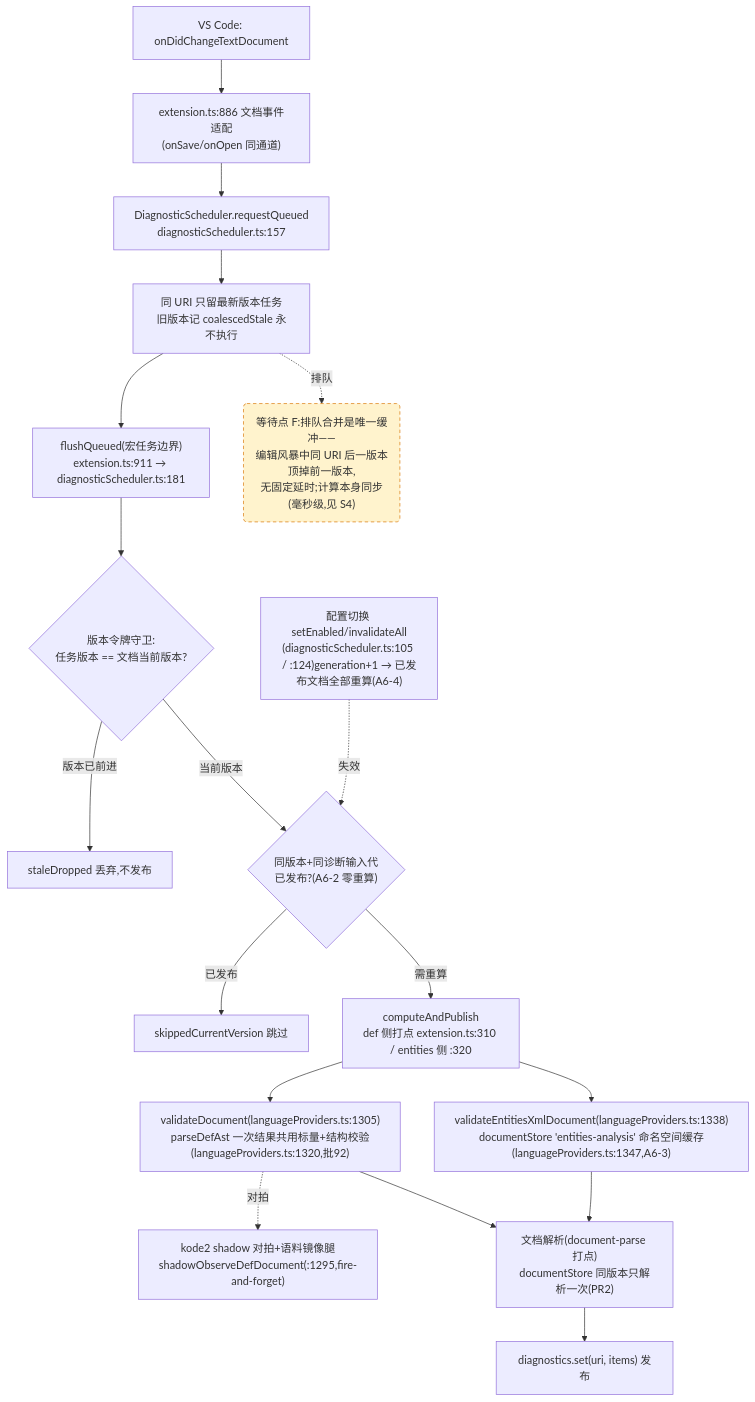
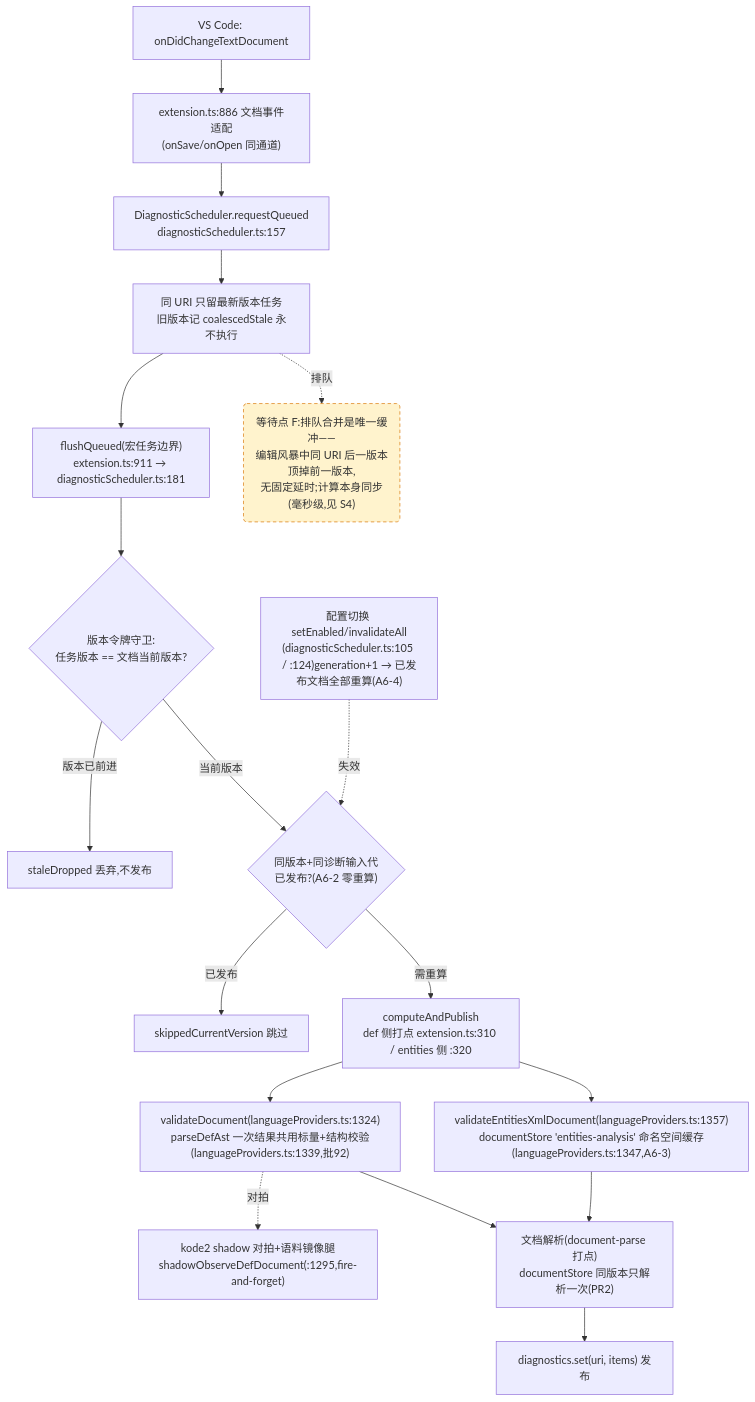
Before and after one commit to cuihairu/kode: the fourth of 4 diagrams in docs/perf/2026-baseline.md, drawn with Mermaid. The commit also changed other lines of this file and 4 other files, not shown here.

````diff
--- a/docs/perf/2026-baseline.md
+++ b/docs/perf/2026-baseline.md
@@ -214,38 +214,38 @@
 ```mermaid
 flowchart TD
   CHG["VS Code: onDidChangeTextDocument"]
   WATCH["extension.ts:886 文档事件适配<br/>(onSave/onOpen 同通道)"]
   RQ["DiagnosticScheduler.requestQueued<br/>diagnosticScheduler.ts:157"]
   CO["同 URI 只留最新版本任务<br/>旧版本记 coalescedStale 永不执行"]
   FL["flushQueued(宏任务边界)<br/>extension.ts:911 → diagnosticScheduler.ts:181"]
   VG{"版本令牌守卫:<br/>任务版本 == 文档当前版本?"}
   DROP["staleDropped 丢弃,不发布"]
   GEN{"同版本+同诊断输入代<br/>已发布?(A6-2 零重算)"}
   SKIP["skippedCurrentVersion 跳过"]
   CALC["computeAndPublish<br/>def 侧打点 extension.ts:310 / entities 侧 :320"]
-  VD["validateDocument(languageProviders.ts:1305)<br/>parseDefAst 一次结果共用标量+结构校验(languageProviders.ts:1320,批92)"]
-  VEX["validateEntitiesXmlDocument(languageProviders.ts:1338)<br/>documentStore 'entities-analysis' 命名空间缓存(languageProviders.ts:1347,A6-3)"]
+  VD["validateDocument(languageProviders.ts:1324)<br/>parseDefAst 一次结果共用标量+结构校验(languageProviders.ts:1339,批92)"]
+  VEX["validateEntitiesXmlDocument(languageProviders.ts:1357)<br/>documentStore 'entities-analysis' 命名空间缓存(languageProviders.ts:1347,A6-3)"]
   SHDD["kode2 shadow 对拍+语料镜像腿<br/>shadowObserveDefDocument(:1295,fire-and-forget)"]
   DS["文档解析(document-parse 打点)<br/>documentStore 同版本只解析一次(PR2)"]
   PUB["diagnostics.set(uri, items) 发布"]
   CFG2["配置切换 setEnabled/invalidateAll<br/>(diagnosticScheduler.ts:105 / :124)generation+1 → 已发布文档全部重算(A6-4)"]
 
   CHG --> WATCH --> RQ --> CO --> FL --> VG
   VG -- "版本已前进" --> DROP
   VG -- "当前版本" --> GEN
   GEN -- "已发布" --> SKIP
   GEN -- "需重算" --> CALC
   CALC --> VD
   CALC --> VEX
   VD --> DS
   VEX --> DS
   DS --> PUB
   VD -.->|对拍| SHDD
   CFG2 -.->|失效| GEN
 
   WAITF("等待点 F:排队合并是唯一缓冲——<br/>编辑风暴中同 URI 后一版本顶掉前一版本,<br/>无固定延时;计算本身同步(毫秒级,见 S4)")
   CO -.->|排队| WAITF
 
   classDef waitPoint fill:#fff3cd,stroke:#d97706,stroke-dasharray:5 4;
   class WAITF waitPoint;
 ```
````
